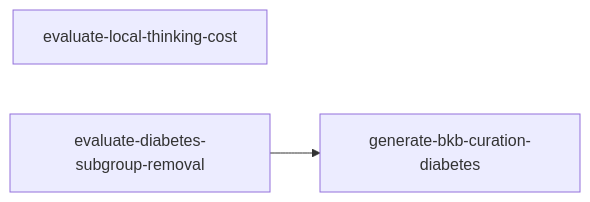
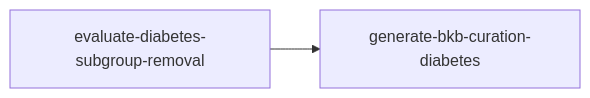
One commit to joe-dartmouth/synthetic changed the diagram in tasks/experiments-index.md. Above: the diagram before and after it, drawn with Mermaid. The commit also changed other lines of this file and 17 other files, not shown here.

First line of the commit message:
Measure what thinking on costs the local generators (#70)

````diff
--- a/tasks/experiments-index.md
+++ b/tasks/experiments-index.md
@@ -27,5 +26,4 @@
 ```mermaid
 flowchart LR
-    local_thinking[evaluate-local-thinking-cost]
     diabetes_removal[evaluate-diabetes-subgroup-removal] --> bkb_curation_diabetes[generate-bkb-curation-diabetes]
 ```
````
